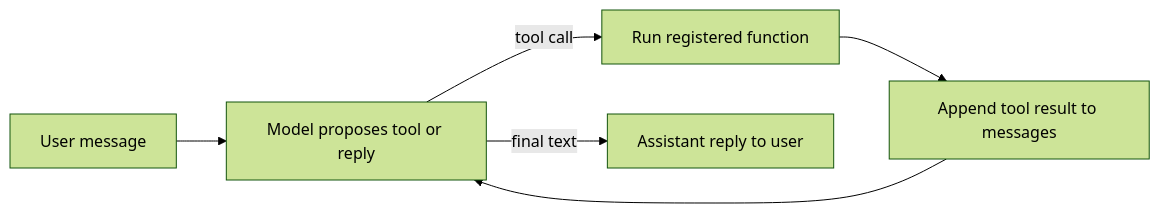
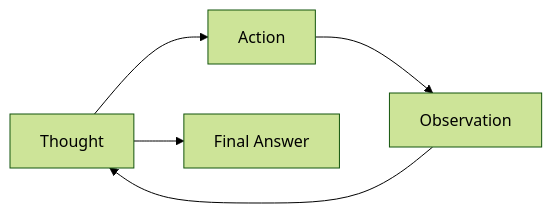
The diagram in iitr-as-2601/Module3/Session43/Lecture Notes.md (ABVenu/IIT_Sessions_Content), drawn with Mermaid (forest theme) before and after one commit. The commit also changed other lines of this file and 13 other files, not shown here.

````diff
--- a/iitr-as-2601/Module3/Session43/Lecture Notes.md
+++ b/iitr-as-2601/Module3/Session43/Lecture Notes.md
@@ -180,8 +69,7 @@
 ```mermaid
 flowchart LR
-  U[User message] --> M[Model proposes tool or reply]
-  M -->|tool call| R[Run registered function]
-  R --> T[Append tool result to messages]
-  T --> M
-  M -->|final text| A[Assistant reply to user]
+  T[Thought] --> A[Action]
+  A --> O[Observation]
+  O --> T
+  T --> F[Final Answer]
 ```
````
